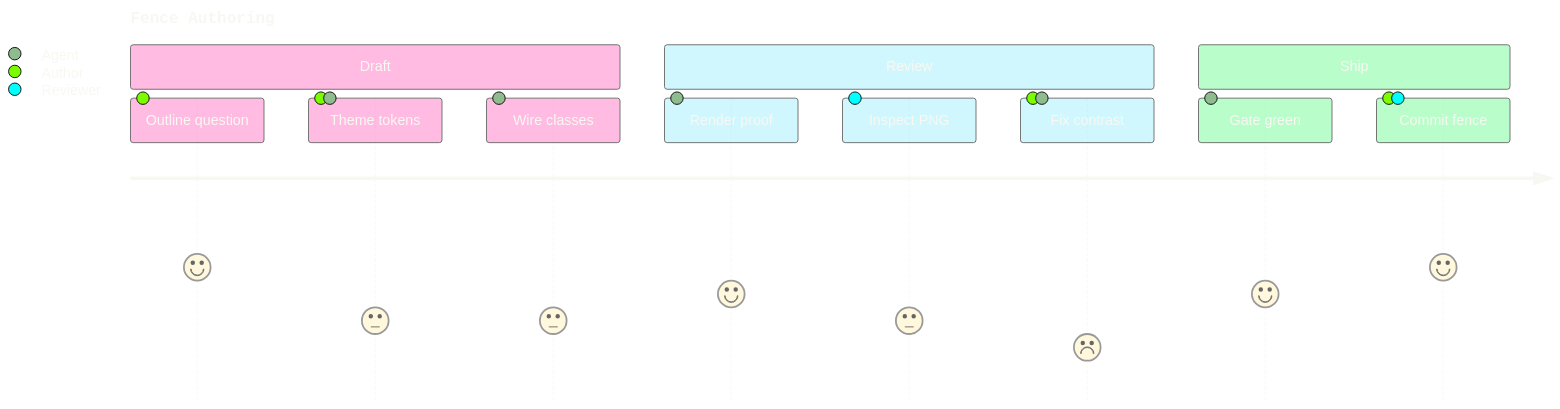
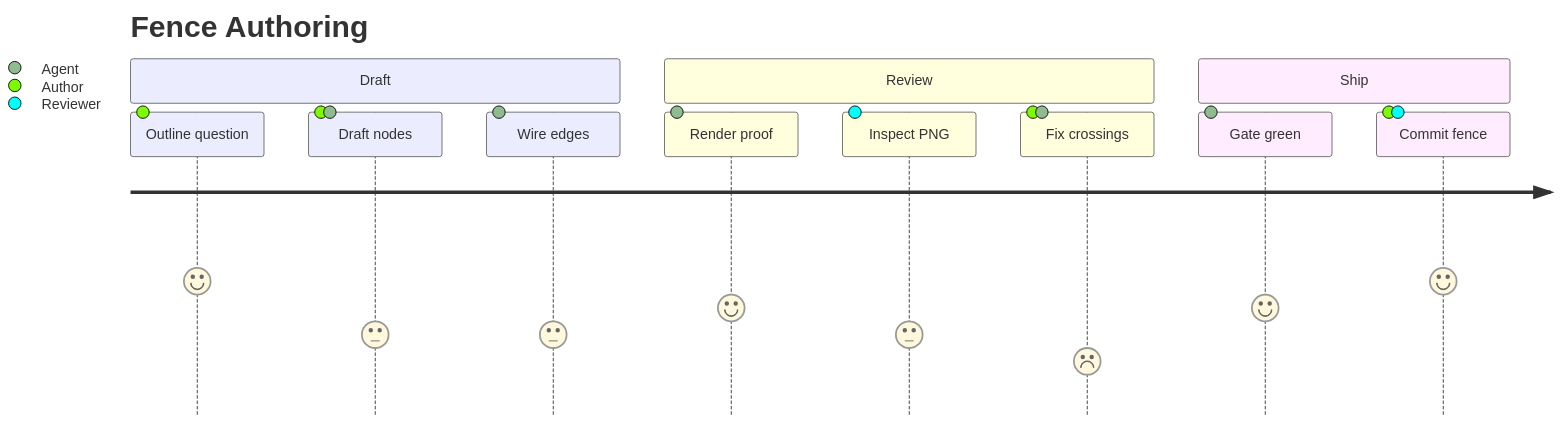
One commit to bsamiee/Rasm changed the third of 25 diagrams in .claude/skills/mermaid-diagramming/references/syntax-extended.md. Above: the diagram before and after it, drawn with Mermaid. The commit also changed other lines of this file and 28 other files, not shown here.

Commit message:
skills(docgen+mermaid): payload-only diagram law — docgen gate/fixer strips fence styling; mermaid bundle sheds the styling canon, theming survives as one opt-in reference

````diff
--- a/.claude/skills/mermaid-diagramming/references/syntax-extended.md
+++ b/.claude/skills/mermaid-diagramming/references/syntax-extended.md
@@ -155,50 +105,17 @@
 ```mermaid
----
-config:
-  theme: base
-  look: classic
-  journey:
-    titleFontFamily: "SF Mono, Menlo, Cascadia Mono, Segoe UI Mono, Consolas, monospace"
-    titleColor: "#F8F8F2"
-    titleFontSize: "18px"
-    taskFontSize: 12
-  themeVariables:
-    darkMode: true
-    fontFamily: "SF Mono, Menlo, Cascadia Mono, Segoe UI Mono, Consolas, monospace"
-    useGradient: false
-    dropShadow: "none"
-    textColor: "#F8F8F2"
-    titleColor: "#F8F8F2"
-    faceColor: "#FFD86654"
-    actor0: "#BD93F9"
-    actor1: "#8BE9FD"
-    actor2: "#50FA7B"
-    actor3: "#FFB86C"
-    actor4: "#FF79C6"
-    actor5: "#6272A4"
-    fillType0: "#FF79C680"
-    fillType1: "#8BE9FD66"
-    fillType2: "#50FA7B66"
-    fillType3: "#FFB86C66"
-    fillType4: "#BD93F980"
-    fillType5: "#FF555580"
-    fillType6: "#FFD86654"
-    fillType7: "#6272A4"
-  themeCSS: ".face{fill:#FFD86654;stroke:#FFD866;stroke-width:1px}.mouth{fill:#F8F8F2;stroke:none}circle[fill='#666']{fill:#F8F8F2;stroke:#F8F8F2}.task-line{stroke:#6272A4;stroke-dasharray:4 6}line{stroke:#6272A4}[id$='-arrowhead'] path{fill:#6272A4}circle[class^='actor-']{stroke:#282A36;r:5.25px}"
----
 journey
   accTitle: Fence authoring journey
-  accDescr: An author, agent, and reviewer scored across drafting, review, and shipping a themed fence.
+  accDescr: An author, agent, and reviewer scored across drafting, review, and shipping a fence.
   title Fence Authoring
   section Draft
     Outline question: 5: Author
-    Theme tokens: 3: Author, Agent
-    Wire classes: 3: Agent
+    Draft nodes: 3: Author, Agent
+    Wire edges: 3: Agent
   section Review
     Render proof: 4: Agent
     Inspect PNG: 3: Reviewer
-    Fix contrast: 2: Author, Agent
+    Fix crossings: 2: Author, Agent
   section Ship
     Gate green: 4: Agent
     Commit fence: 5: Author, Reviewer
 ```
````
